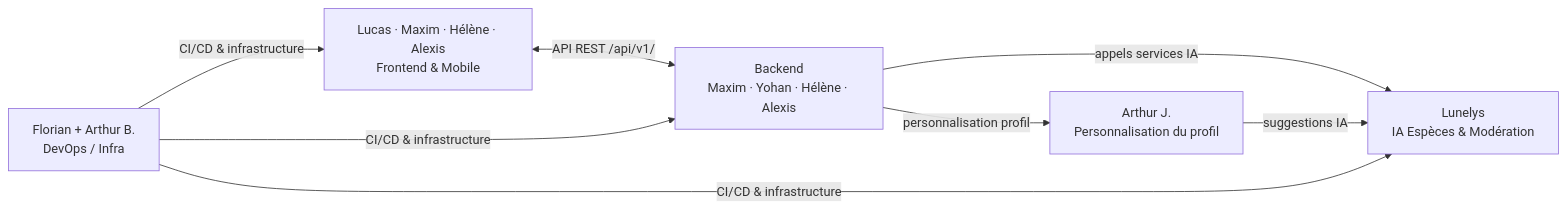
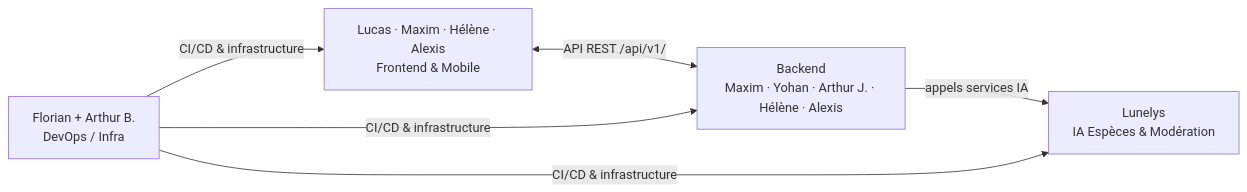
The second of 2 diagrams in docs/OBS.md (Traily-org/Docs), drawn with Mermaid before and after one commit. The commit also changed other lines of this file and 1 other file, not shown here.

First line of the commit message:
docs(TRA-111): move user domain to Arthur J. and keep BACKLOG frozen

````diff
--- a/docs/OBS.md
+++ b/docs/OBS.md
@@ -192,16 +192,13 @@
 ```mermaid
 graph LR
     FE["Lucas · Maxim · Hélène · Alexis\nFrontend & Mobile"]
-    BE["Backend\nMaxim · Yohan · Hélène · Alexis"]
+    BE["Backend\nMaxim · Yohan · Arthur J. · Hélène · Alexis"]
     AJ["Lunelys\nIA Espèces & Modération"]
-    PJ["Arthur J.\nPersonnalisation du profil"]
     DO["Florian + Arthur B.\nDevOps / Infra"]
 
     FE <-->|"API REST /api/v1/"| BE
     BE -->|"appels services IA"| AJ
-    BE -->|"personnalisation profil"| PJ
-    PJ -->|"suggestions IA"| AJ
     DO -->|"CI/CD & infrastructure"| FE
     DO -->|"CI/CD & infrastructure"| BE
     DO -->|"CI/CD & infrastructure"| AJ
 ```
````
